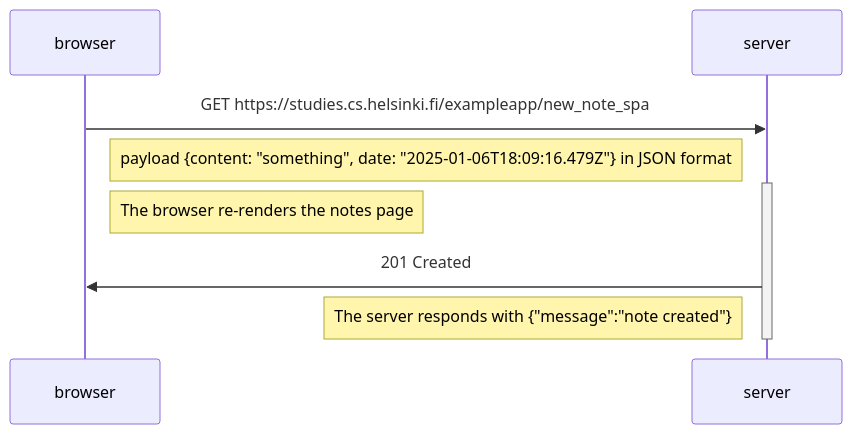
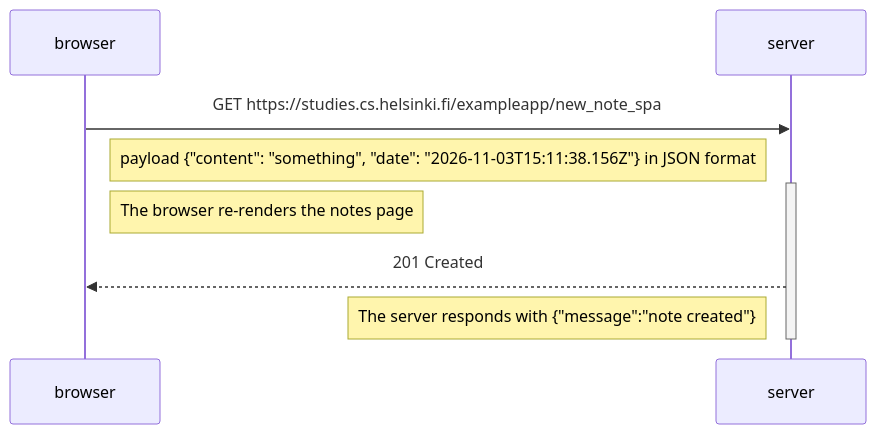
Before and after one commit to ilta/fullstackopen: the diagram in part0/ex_0.6.md, drawn with Mermaid. The commit also changed 2 other files, not shown here.

Commit message:
Minor changes to ex 0.4–0.6

````diff
--- a/part0/ex_0.6.md
+++ b/part0/ex_0.6.md
@@ -3,14 +3,14 @@
 ```mermaid
 sequenceDiagram
     participant browser
     participant server
 
     browser->>server: GET https://studies.cs.helsinki.fi/exampleapp/new_note_spa
-    Note right of browser: payload {content: "something", date: "2025-01-06T18:09:16.479Z"} in JSON format
+    Note right of browser: payload {"content": "something", "date": "2026-11-03T15:11:38.156Z"} in JSON format
     activate server
     Note right of browser: The browser re-renders the notes page
-    server->>browser: 201 Created
+    server-->>browser: 201 Created
     Note left of server: The server responds with {"message":"note created"}
     deactivate server
 
 ```
````
